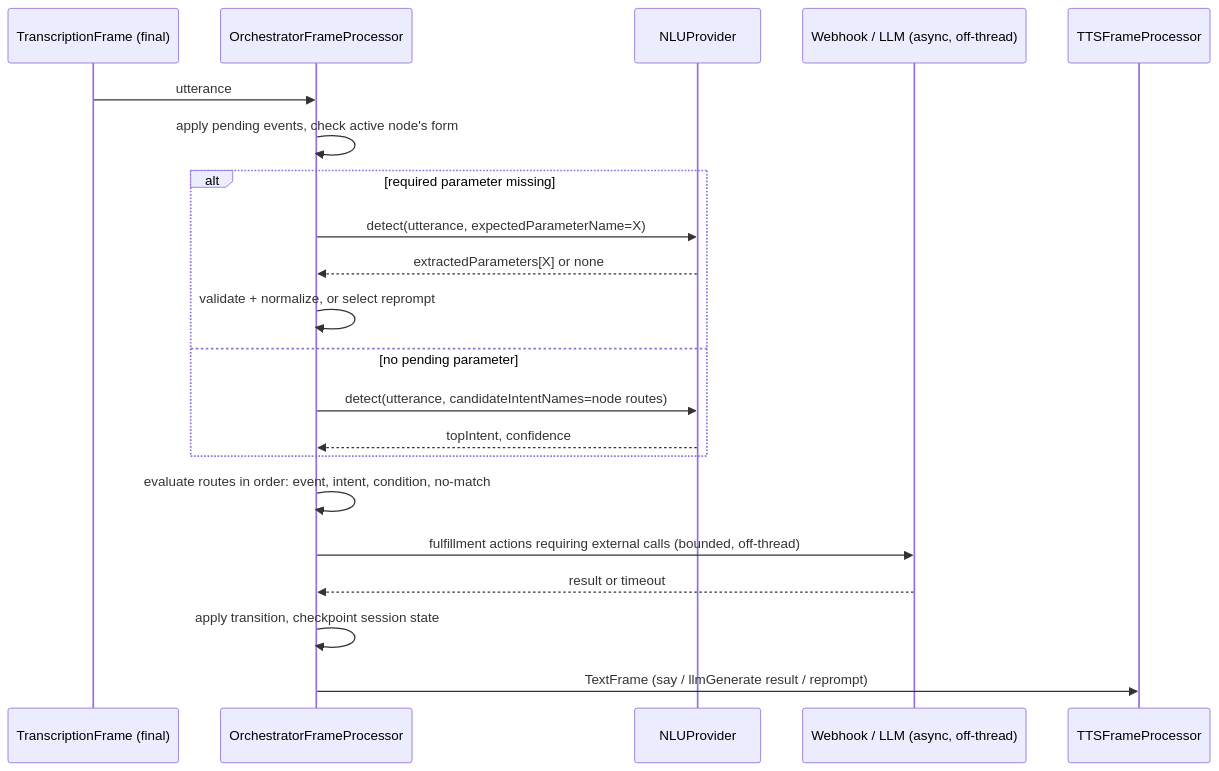
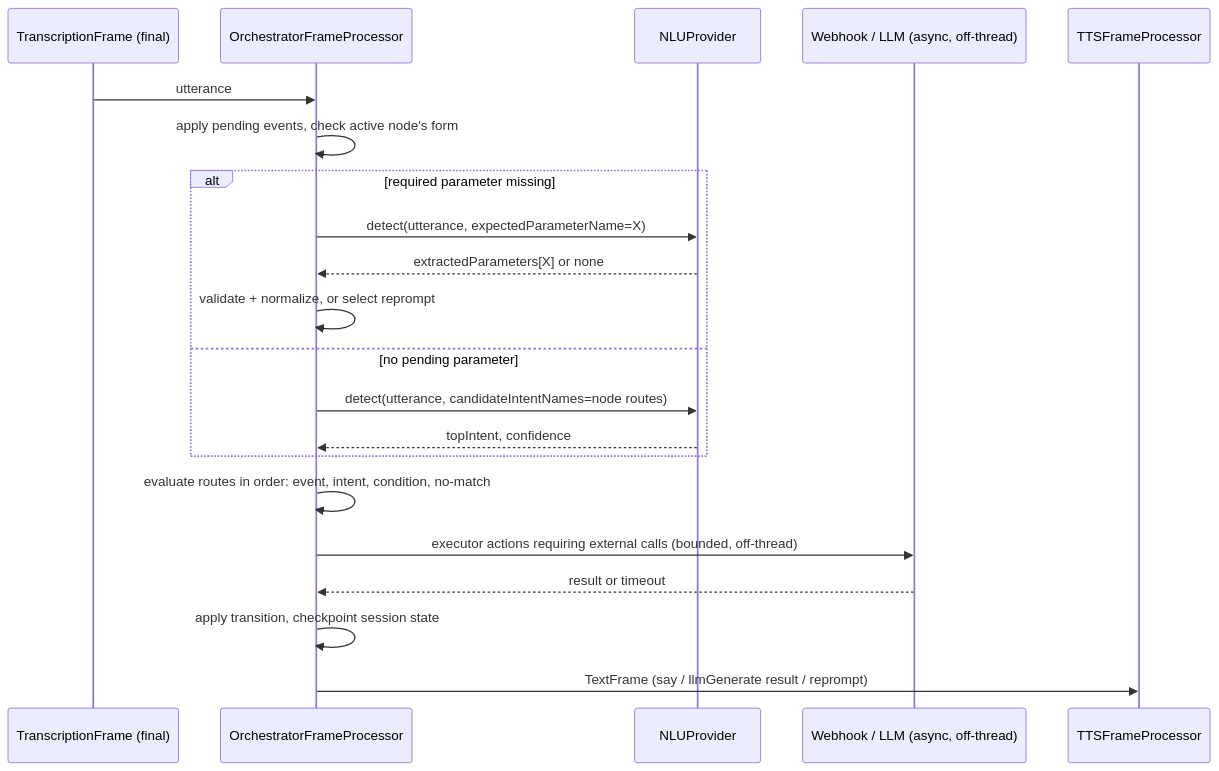
The second of 2 diagrams in docs/reference/requestflow-spec.md (fatehmtd/VASDK), drawn with Mermaid before and after one commit. The commit also changed other lines of this file and 2 other files, not shown here.

````diff
--- a/docs/reference/requestflow-spec.md
+++ b/docs/reference/requestflow-spec.md
@@ -324,24 +367,24 @@
 ```mermaid
 sequenceDiagram
     participant STT as TranscriptionFrame (final)
     participant OFP as OrchestratorFrameProcessor
     participant NLU as NLUProvider
     participant Ext as Webhook / LLM (async, off-thread)
     participant TTS as TTSFrameProcessor
 
     STT->>OFP: utterance
     OFP->>OFP: apply pending events, check active node's form
     alt required parameter missing
         OFP->>NLU: detect(utterance, expectedParameterName=X)
         NLU-->>OFP: extractedParameters[X] or none
         OFP->>OFP: validate + normalize, or select reprompt
     else no pending parameter
         OFP->>NLU: detect(utterance, candidateIntentNames=node routes)
         NLU-->>OFP: topIntent, confidence
     end
     OFP->>OFP: evaluate routes in order: event, intent, condition, no-match
-    OFP->>Ext: fulfillment actions requiring external calls (bounded, off-thread)
+    OFP->>Ext: executor actions requiring external calls (bounded, off-thread)
     Ext-->>OFP: result or timeout
     OFP->>OFP: apply transition, checkpoint session state
     OFP->>TTS: TextFrame (say / llmGenerate result / reprompt)
 ```
````
